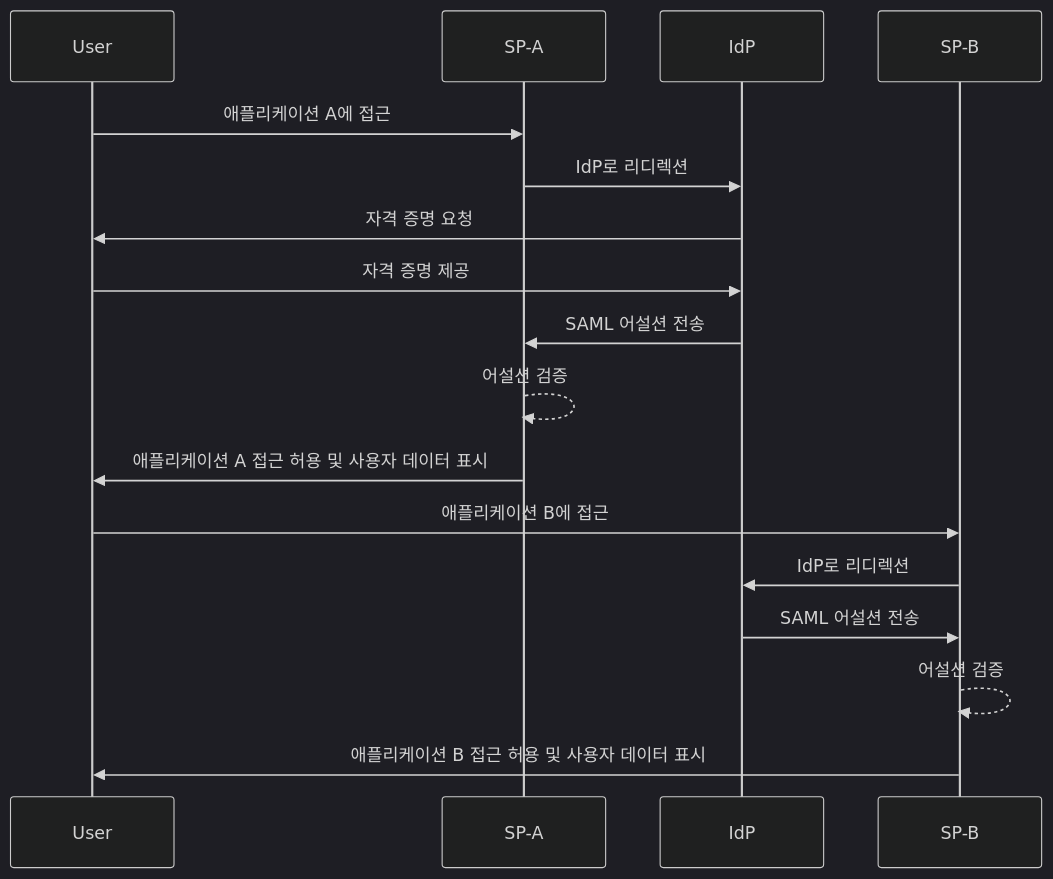
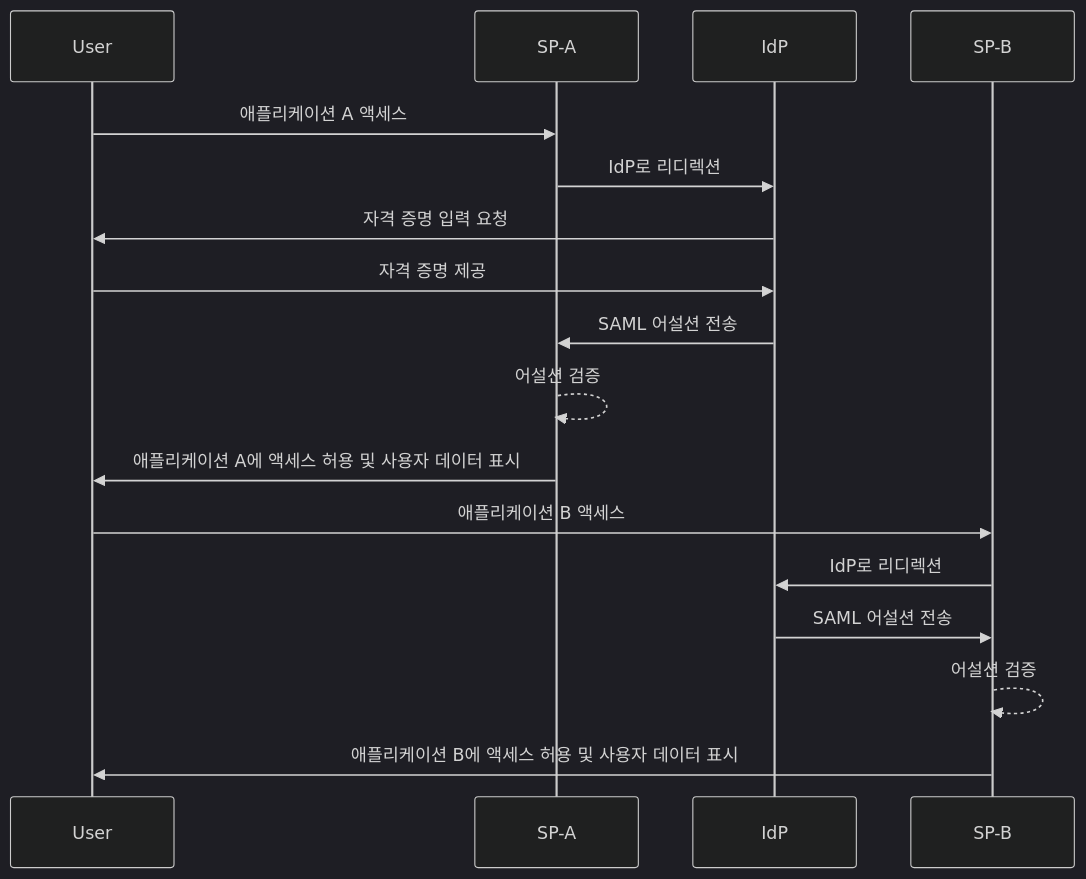
One commit to logto-io/auth-wiki changed the first of 2 diagrams in src/content/terms/ko/single-sign-on.mdx. Above: the diagram before and after it, drawn with Mermaid (dark theme). The commit also changed other lines of this file and 48 other files, not shown here.

````diff
--- a/src/content/terms/ko/single-sign-on.mdx
+++ b/src/content/terms/ko/single-sign-on.mdx
@@ -29,20 +29,20 @@
 ```mermaid
 sequenceDiagram
     participant User
     participant SP-A
     participant IdP
     participant SP-B
 
-    User->>SP-A: 애플리케이션 A에 접근
+    User->>SP-A: 애플리케이션 A 액세스
     SP-A->>IdP: IdP로 리디렉션
-    IdP->>User: 자격 증명 요청
+    IdP->>User: 자격 증명 입력 요청
     User->>IdP: 자격 증명 제공
     IdP->>SP-A: SAML 어설션 전송
     SP-A-->>SP-A: 어설션 검증
-    SP-A->>User: 애플리케이션 A 접근 허용 및 사용자 데이터 표시
-    User->>SP-B: 애플리케이션 B에 접근
+    SP-A->>User: 애플리케이션 A에 액세스 허용 및 사용자 데이터 표시
+    User->>SP-B: 애플리케이션 B 액세스
     SP-B->>IdP: IdP로 리디렉션
     IdP->>SP-B: SAML 어설션 전송
     SP-B-->>SP-B: 어설션 검증
-    SP-B->>User: 애플리케이션 B 접근 허용 및 사용자 데이터 표시
+    SP-B->>User: 애플리케이션 B에 액세스 허용 및 사용자 데이터 표시
 ```
````
